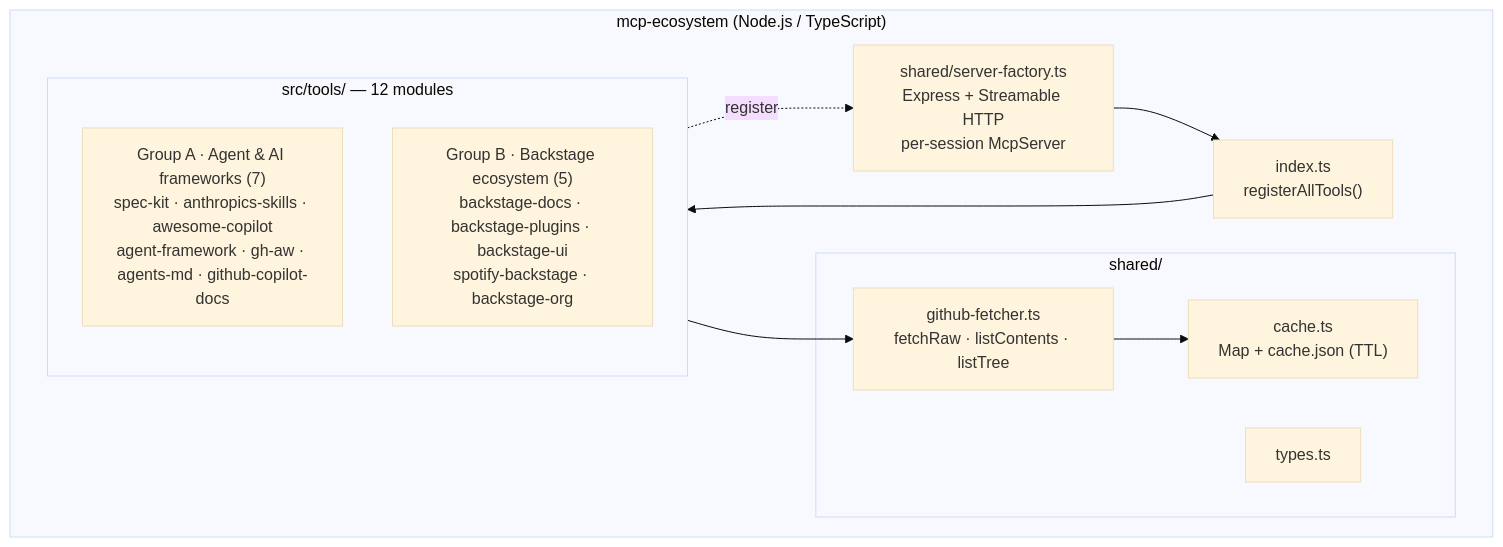
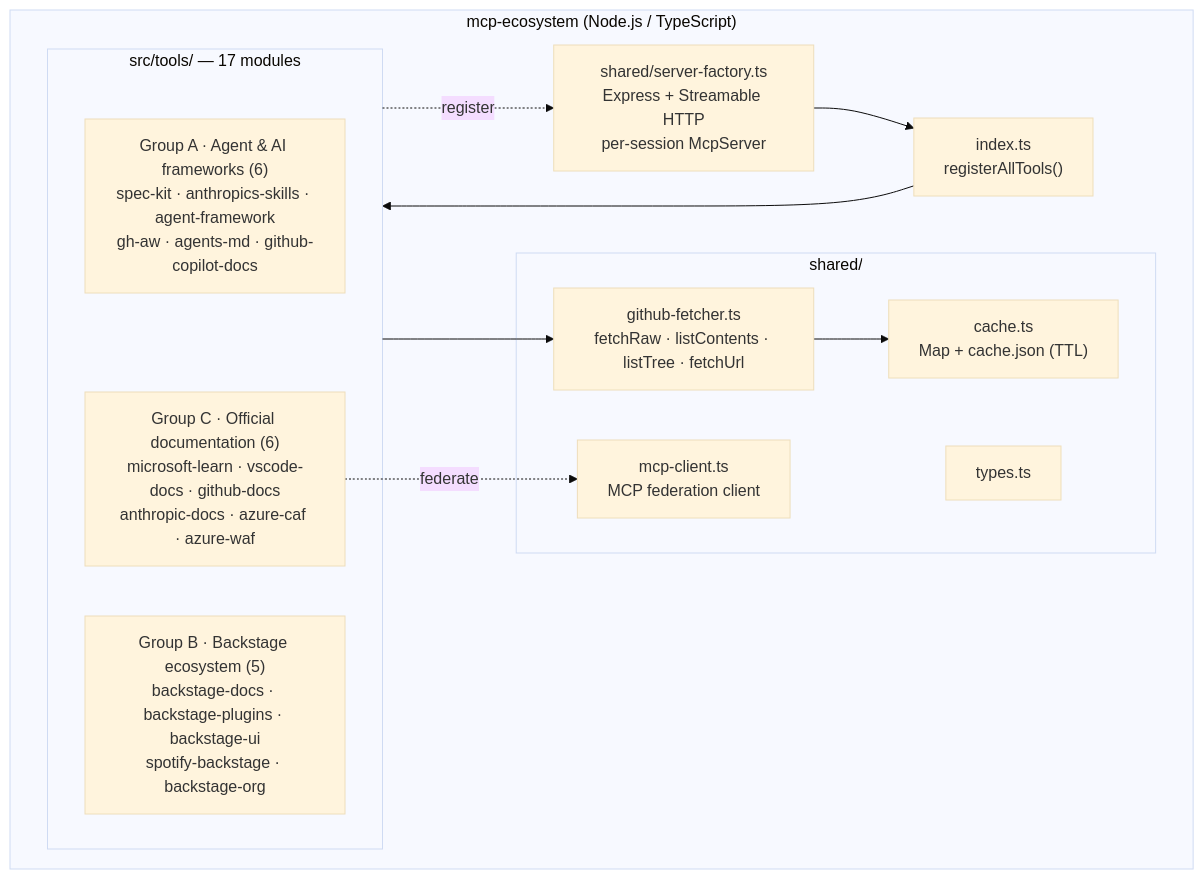
The second of 5 diagrams in mcp-servers/ARCHITECTURE.md (Ohorizons/ohorizons-lastest), drawn with Mermaid (base theme) before and after one commit. The commit also changed other lines of this file and 23 other files, not shown here.

First line of the commit message:
Add Environment Sizing & Region Guide and MCP Ecosystem Architecture SVG

````diff
--- a/mcp-servers/ARCHITECTURE.md
+++ b/mcp-servers/ARCHITECTURE.md
@@ -58,20 +70,23 @@
 ```mermaid
 flowchart TB
     subgraph Server["mcp-ecosystem (Node.js / TypeScript)"]
         IDX["index.ts<br/>registerAllTools()"]
         FACT["shared/server-factory.ts<br/>Express + Streamable HTTP<br/>per-session McpServer"]
         subgraph Shared["shared/"]
             CACHE["cache.ts<br/>Map + cache.json (TTL)"]
-            FETCH["github-fetcher.ts<br/>fetchRaw · listContents · listTree"]
+            FETCH["github-fetcher.ts<br/>fetchRaw · listContents · listTree · fetchUrl"]
+            MCPC["mcp-client.ts<br/>MCP federation client"]
             TYPES["types.ts"]
         end
-        subgraph Tools["src/tools/ — 12 modules"]
-            GA["Group A · Agent & AI frameworks (7)<br/>spec-kit · anthropics-skills · awesome-copilot<br/>agent-framework · gh-aw · agents-md · github-copilot-docs"]
+        subgraph Tools["src/tools/ — 17 modules"]
+            GA["Group A · Agent & AI frameworks (6)<br/>spec-kit · anthropics-skills · agent-framework<br/>gh-aw · agents-md · github-copilot-docs"]
             GB["Group B · Backstage ecosystem (5)<br/>backstage-docs · backstage-plugins · backstage-ui<br/>spotify-backstage · backstage-org"]
+            GC["Group C · Official documentation (6)<br/>microsoft-learn · vscode-docs · github-docs<br/>anthropic-docs · azure-caf · azure-waf"]
         end
     end
 
     FACT --> IDX --> Tools
     Tools --> FETCH --> CACHE
+    GC -.->|federate| MCPC
     Tools -.->|register| FACT
 ```
````
